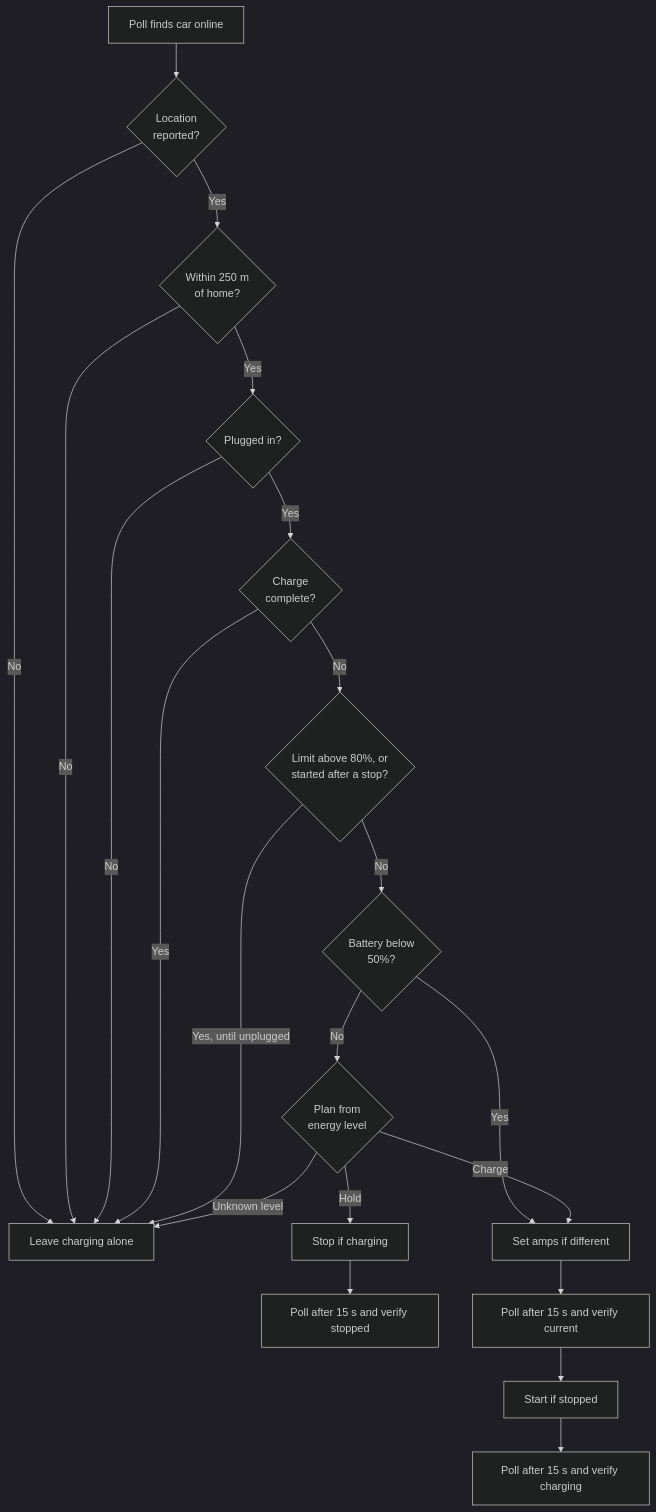
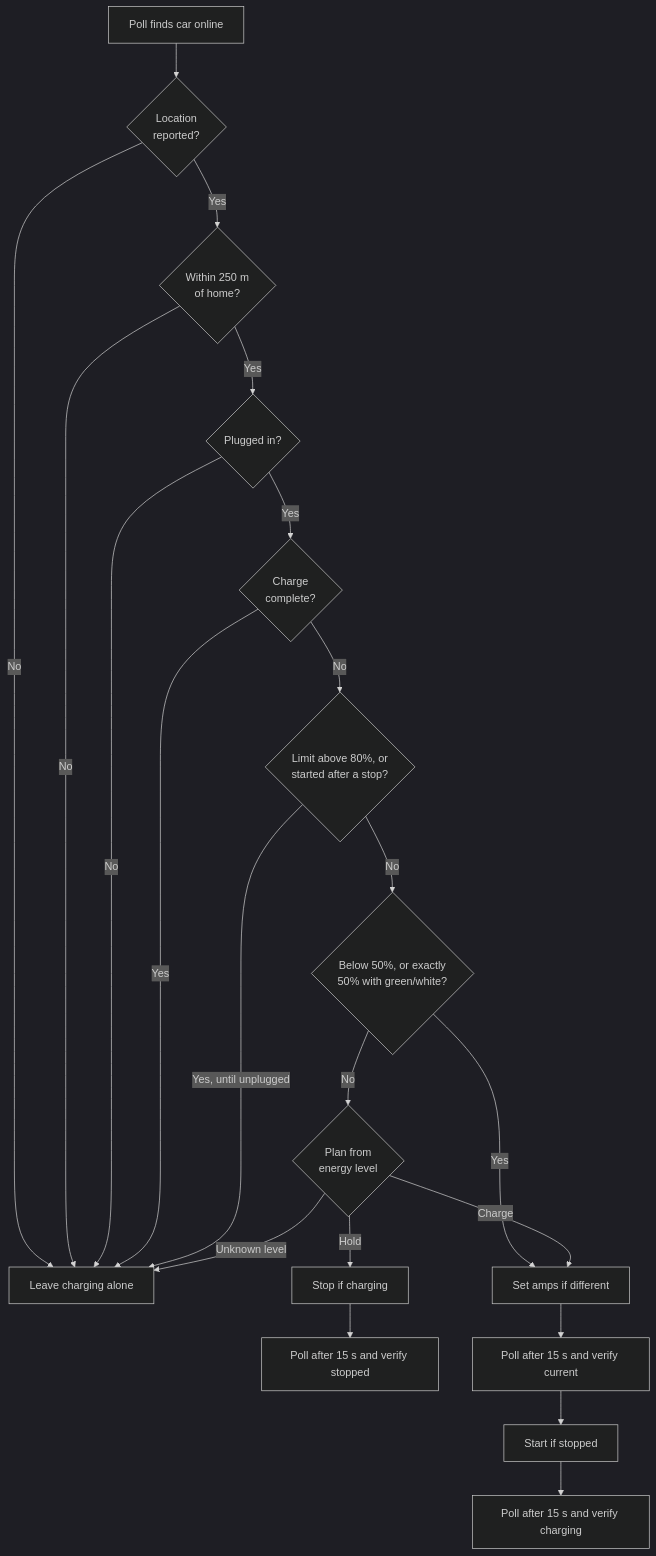
The first of 2 diagrams in docs/flows/TESLA_ENERGY_CHARGING.md (NickBorgers/home-automation), drawn with Mermaid (dark theme) before and after one commit. The commit also changed other lines of this file and 3 other files, not shown here.

````diff
--- a/docs/flows/TESLA_ENERGY_CHARGING.md
+++ b/docs/flows/TESLA_ENERGY_CHARGING.md
@@ -52,23 +54,23 @@
 ```mermaid
 flowchart TD
     Poll[Poll finds car online] --> Loc{Location<br/>reported?}
     Loc -->|No| Leave[Leave charging alone]
     Loc -->|Yes| Home{Within 250 m<br/>of home?}
     Home -->|No| Leave
     Home -->|Yes| Plug{Plugged in?}
     Plug -->|No| Leave
     Plug -->|Yes| Full{Charge<br/>complete?}
     Full -->|Yes| Leave
     Full -->|No| Override{Limit above 80%, or<br/>started after a stop?}
     Override -->|Yes, until unplugged| Leave
-    Override -->|No| Floor{Battery below<br/>50%?}
+    Override -->|No| Floor{Below 50%, or exactly<br/>50% with green/white?}
     Floor -->|Yes| Amps
     Floor -->|No| Plan{Plan from<br/>energy level}
     Plan -->|Hold| Stop[Stop if charging]
     Stop --> Verify[Poll after 15 s and verify stopped]
     Plan -->|Charge| Amps[Set amps if different]
     Amps --> VerifyCharge[Poll after 15 s and verify current]
     VerifyCharge --> Start[Start if stopped]
     Start --> VerifyStart[Poll after 15 s and verify charging]
     Plan -->|Unknown level| Leave
 ```
````
